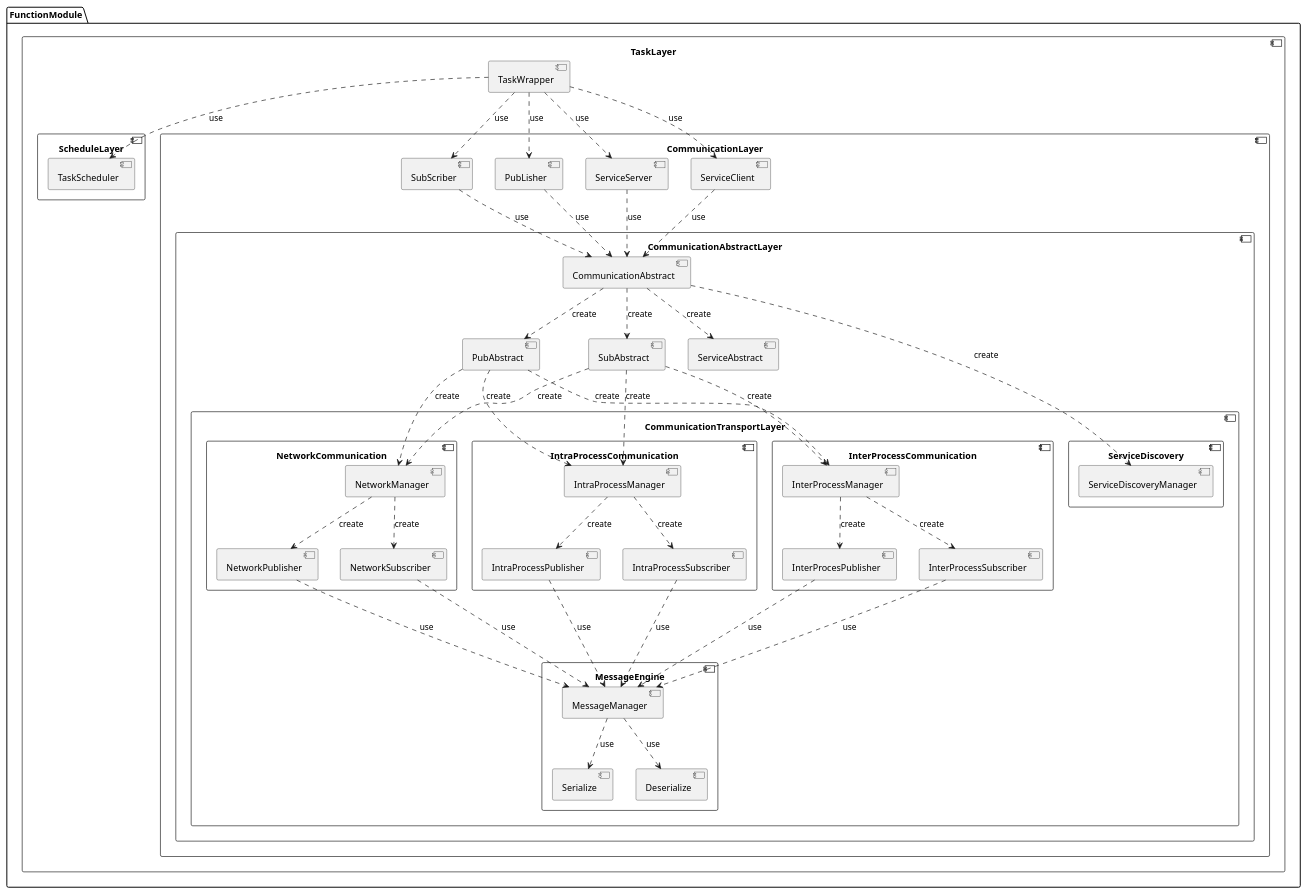
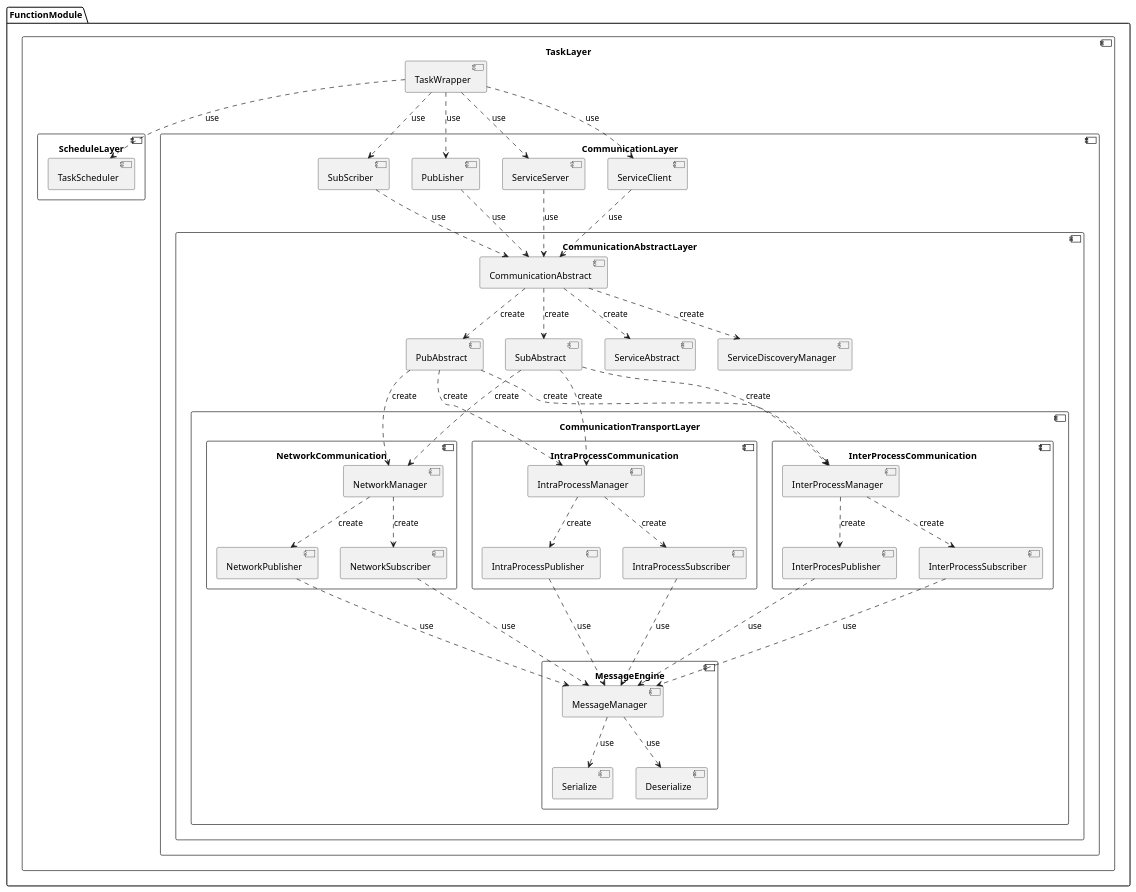
The diagram in uml/distributeModule.wsd (woshigerunze/new_paper), drawn with PlantUML before and after one commit. The commit also changed 4 other files, not shown here.

```diff
--- a/uml/distributeModule.wsd
+++ b/uml/distributeModule.wsd
@@ -1,120 +1,121 @@
 @startuml
 ' skinparam component{
 '     FontSize 25
 '     TitleFontSize 25
 '     ArrowFontSize 25
 '     InterfaceFontSize 25
 '     CaptionFontSize 25
 '     HeaderFontSize 25
 '     LabelFontSize 25
 '     DomainFontSize 25
 '     PackageFontSize 25
 '     ComponentFontSize 25
 '     SequenceTitleFontSize 25
 '     LabelFontSize 25
 '     FolderFontSize 25
 '     DomainFontSize 25
 ' }
 ' skinparam package{
 '     FontSize 25
 '     TitleFontSize 25
 '     ArrowFontSize 25
 '     InterfaceFontSize 25
 '     CaptionFontSize 25
 '     HeaderFontSize 25
 '     LabelFontSize 25
 '     DomainFontSize 25
 '     PackageFontSize 25
 '     ComponentFontSize 25
 '     SequenceTitleFontSize 25
 '     LabelFontSize 25
 '     FolderFontSize 25
 '     DomainFontSize 25
 ' }
 package FunctionModule{
 component TaskLayer{
     [TaskWrapper]
     component ScheduleLayer{
         [TaskScheduler]
     }
     component CommunicationLayer{
         [SubScriber]
         [PubLisher]
         [ServiceServer]
         [ServiceClient]
         component CommunicationAbstractLayer{
             [CommunicationAbstract]
             [PubAbstract]
             [SubAbstract]
             [ServiceAbstract]
+            [ServiceDiscoveryManager]
         component CommunicationTransportLayer{
             component NetworkCommunication{
                 [NetworkManager]
                 [NetworkPublisher]
                 [NetworkSubscriber]
             }
             component IntraProcessCommunication{
                 [IntraProcessManager]
                 [IntraProcessPublisher]
                 [IntraProcessSubscriber]
             }
             component InterProcessCommunication{
                 [InterProcessManager]
                 [InterProcesPublisher]
                 [InterProcessSubscriber]
             }
             component MessageEngine{
                 [MessageManager]
                 [Serialize]
                 [Deserialize]
             }
-            component ServiceDiscovery{
-                [ServiceDiscoveryManager]
-            }
+            ' component ServiceDiscovery{
+            '     [ServiceDiscoveryManager]
+            ' }
         }
         }
     }
 }
 [TaskWrapper] ..> [TaskScheduler] : use
 [TaskWrapper] ..> [SubScriber] : use
 [TaskWrapper] ..> [PubLisher] : use
 [TaskWrapper] ..> [ServiceServer] : use
 [TaskWrapper] ..> [ServiceClient] : use
 
 [SubScriber] ..> [CommunicationAbstract] : use
 [PubLisher] ..> [CommunicationAbstract] : use
 [ServiceServer] ..> [CommunicationAbstract] : use
 [ServiceClient] ..> [CommunicationAbstract] : use
 
 [CommunicationAbstract] ..> [PubAbstract] : create
 [CommunicationAbstract] ..> [SubAbstract] : create
 [CommunicationAbstract] ..> [ServiceAbstract] : create
 [CommunicationAbstract] ..> [ServiceDiscoveryManager] : create
 
 [PubAbstract] ..> [NetworkManager] : create
 [PubAbstract] ..> [IntraProcessManager] : create
 [PubAbstract] ..> [InterProcessManager] : create
 
 [SubAbstract] ..> [NetworkManager] : create
 [SubAbstract] ..> [IntraProcessManager] : create
 [SubAbstract] ..> [InterProcessManager] : create
 
 [NetworkManager] ..> [NetworkPublisher] : create
 [NetworkManager] ..> [NetworkSubscriber] : create
 [IntraProcessManager] ..> [IntraProcessPublisher] : create
 [IntraProcessManager] ..> [IntraProcessSubscriber] : create
 [InterProcessManager] ..> [InterProcesPublisher] : create
 [InterProcessManager] ..> [InterProcessSubscriber] : create
 
 [NetworkPublisher] ..down-> [MessageManager] : use
 [NetworkSubscriber] ..down-> [MessageManager] : use
 [IntraProcessPublisher] ..down-> [MessageManager] : use
 [IntraProcessSubscriber] ..down-> [MessageManager] : use
 [InterProcesPublisher] ..down-> [MessageManager] : use
 [InterProcessSubscriber] ..down-> [MessageManager] : use
 [MessageManager] ..> [Deserialize] : use
 [MessageManager] ..> [Serialize] : use
 }
 ' FunctionModule -up-  () "CPP API"
 ' CPPUserInterface ..> () "CPP API" : use
 @enduml
```
